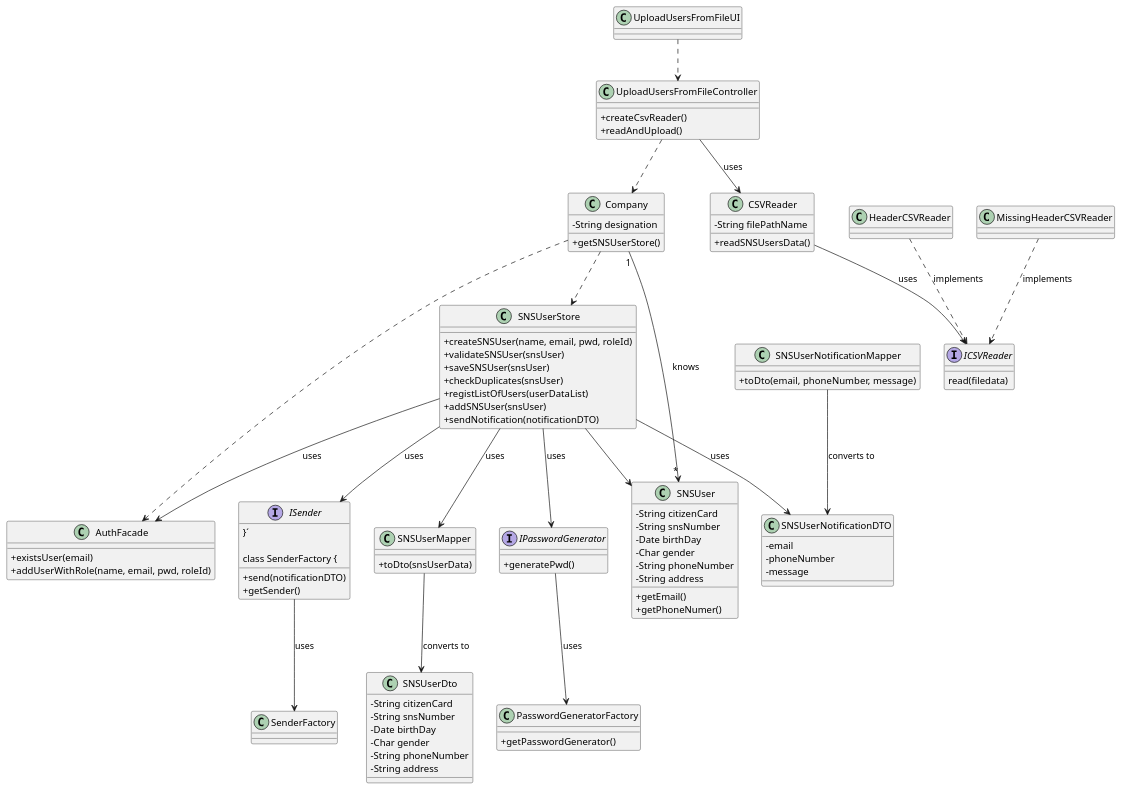
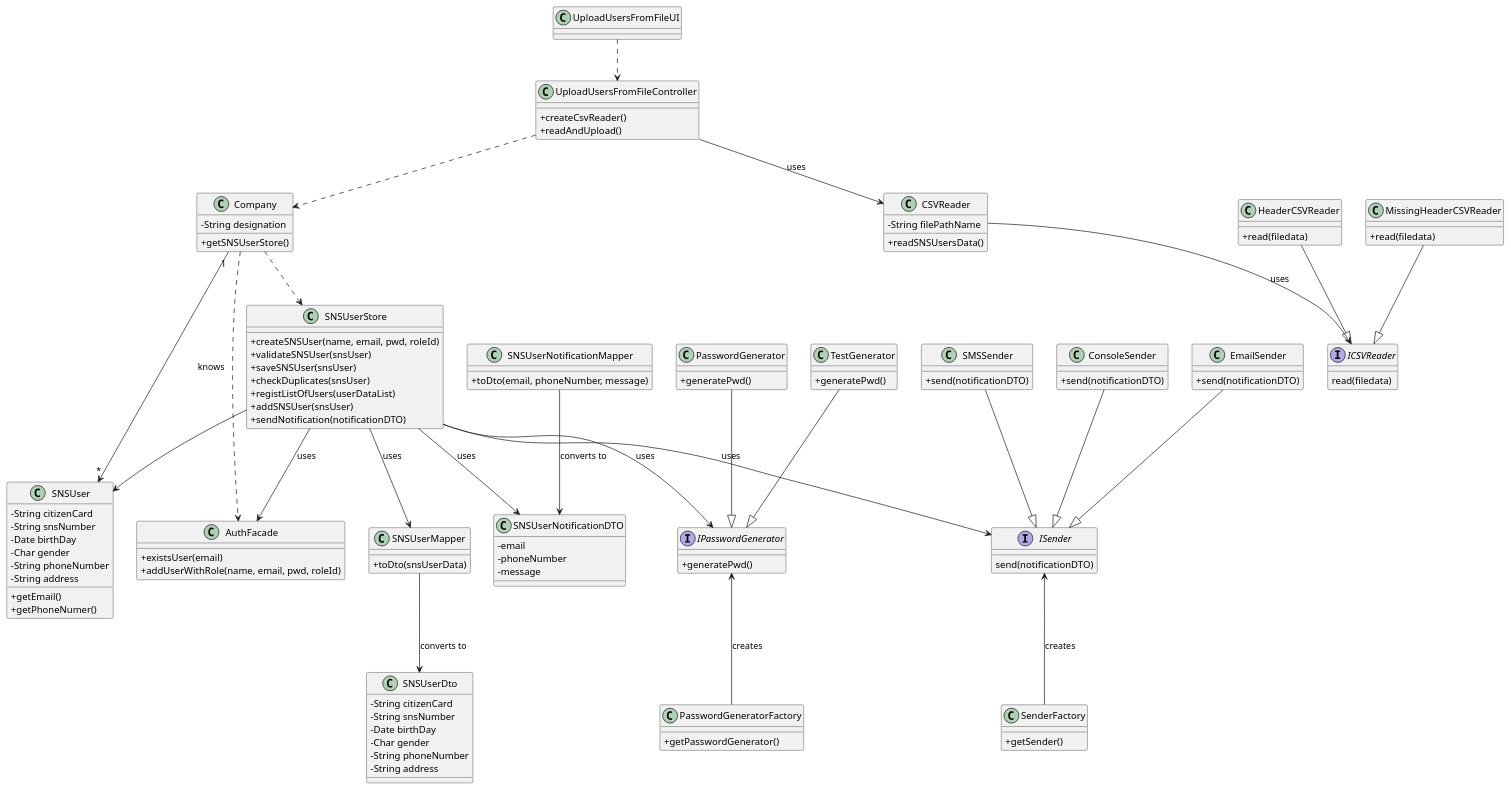
One commit to miseEnPlace-i/lapr2 changed the diagram in docs/SprintC/US14/CD/US14_CD.puml. Above: the diagram before and after it, drawn with PlantUML. The commit also changed 1 other file, not shown here.

```diff
--- a/docs/SprintC/US14/CD/US14_CD.puml
+++ b/docs/SprintC/US14/CD/US14_CD.puml
@@ -1,115 +1,143 @@
 @startuml
 skinparam classAttributeIconSize 0
 
 class AuthFacade {
   + existsUser(email)
   + addUserWithRole(name, email, pwd, roleId)
 }
 
 class Company {
   - String designation
   + getSNSUserStore()
 }
 
 class UploadUsersFromFileController {
   + createCsvReader()
   + readAndUpload()
 }
 
 class UploadUsersFromFileUI { }
 
 class SNSUser {
   - String citizenCard
   - String snsNumber
   - Date birthDay
   - Char gender
   - String phoneNumber
   - String address
 
   +getEmail()
   +getPhoneNumer()
 }
 
 class SNSUserStore {
   + createSNSUser(name, email, pwd, roleId)
   + validateSNSUser(snsUser)
   + saveSNSUser(snsUser)
   + checkDuplicates(snsUser)
   + registListOfUsers(userDataList)
   + addSNSUser(snsUser)
   + sendNotification(notificationDTO)
 }
 
 interface IPasswordGenerator {
   + generatePwd()
 }
 
+class PasswordGenerator {
+  + generatePwd()
+}
+class TestGenerator {
+  + generatePwd()
+}
+
 class PasswordGeneratorFactory {
   + getPasswordGenerator()
 }
 
 interface ISender {
+  send(notificationDTO)
+}
+
+class ConsoleSender {
   + send(notificationDTO)
-}´
+}
+class EmailSender {
+  + send(notificationDTO)
+}
+class SMSSender {
+  + send(notificationDTO)
+}
+
+
 
 class SenderFactory {
   + getSender()
 }
 
 class CSVReader {
   - String filePathName
 
   + readSNSUsersData()
 }
 
 interface ICSVReader{
   read(filedata)
 }
 
-class HeaderCSVReader {}
-class MissingHeaderCSVReader{}
+class HeaderCSVReader { 
+  + read(filedata)
+}
+class MissingHeaderCSVReader{
+  + read(filedata)
+}
 
 class SNSUserMapper{
   + toDto(snsUserData)
 }
 
 class SNSUserDto{
   - String citizenCard
   - String snsNumber
   - Date birthDay
   - Char gender
   - String phoneNumber
   - String address
 }
 
 class SNSUserNotificationMapper{
-  +toDto(email, phoneNumber, message)
+  + toDto(email, phoneNumber, message)
 }
 
 class SNSUserNotificationDTO{
   -email
   -phoneNumber
   -message
 }
 
 Company ..> SNSUserStore
 Company ..> AuthFacade
 Company "1" --> "*" SNSUser : knows
 UploadUsersFromFileController ..> Company
 UploadUsersFromFileUI ..> UploadUsersFromFileController
 UploadUsersFromFileController --> CSVReader : uses
 CSVReader --> ICSVReader : uses
 SNSUserStore --> AuthFacade : uses
 SNSUserStore --> IPasswordGenerator : uses
-IPasswordGenerator --> PasswordGeneratorFactory : uses
+IPasswordGenerator <-- PasswordGeneratorFactory : creates
 SNSUserStore --> ISender : uses
-ISender --> SenderFactory : uses
+ISender <-- SenderFactory : creates
 SNSUserStore --> SNSUser
 SNSUserStore --> SNSUserMapper : uses
 SNSUserMapper --> SNSUserDto : converts to
 SNSUserStore --> SNSUserNotificationDTO : uses
 SNSUserNotificationMapper --> SNSUserNotificationDTO : converts to
-HeaderCSVReader ..> ICSVReader : implements
-MissingHeaderCSVReader ..> ICSVReader : implements
+HeaderCSVReader --|> ICSVReader
+MissingHeaderCSVReader --|> ICSVReader
+SMSSender --|> ISender
+EmailSender --|> ISender
+ConsoleSender --|> ISender
+PasswordGenerator --|> IPasswordGenerator 
+TestGenerator --|> IPasswordGenerator 
 
 @enduml
```
